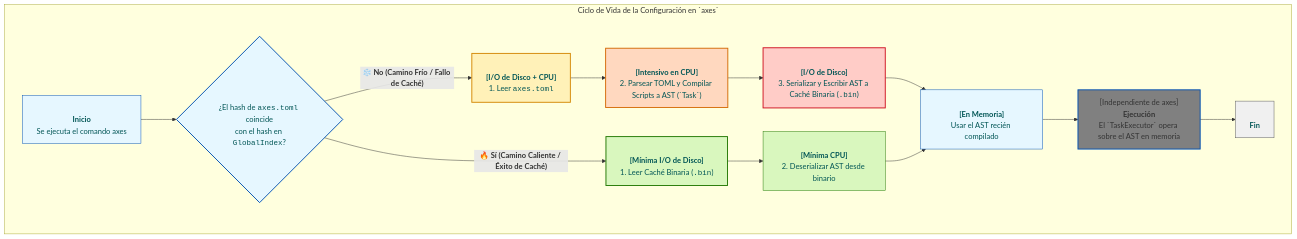
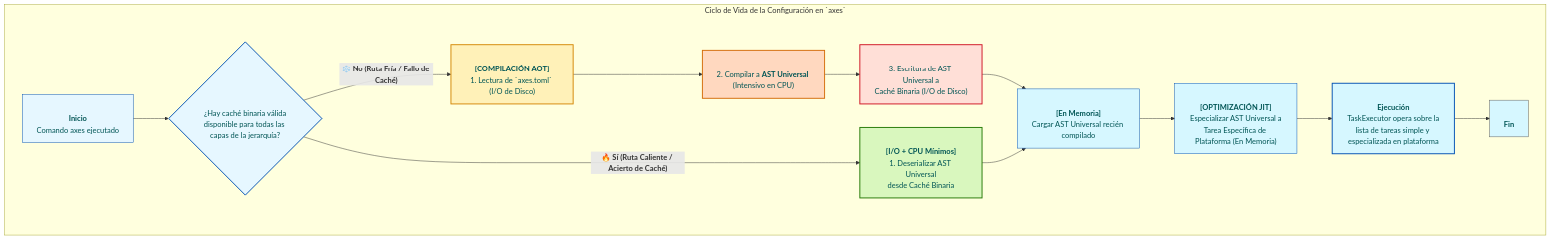
One commit to RetypeOS/axes changed the first of 3 diagrams in docs/es/TECHNICAL.md. Above: the diagram before and after it, drawn with Mermaid. The commit also changed other lines of this file and 14 other files, not shown here.

````diff
--- a/docs/es/TECHNICAL.md
+++ b/docs/es/TECHNICAL.md
@@ -57,36 +57,35 @@
 ```mermaid
 graph TD
     subgraph "Ciclo de Vida de la Configuración en `axes`"
+        A["<br><b>Inicio</b><br>Comando axes ejecutado"] --> B{"<br>¿Hay caché binaria válida<br>disponible para todas las capas de la jerarquía?"};
+
+        B -- "<b>❄️ No (Ruta Fría / Fallo de Caché)</b>" --> C_IO["<br><b>[COMPILACIÓN AOT]</b><br>1. Lectura de `axes.toml` (I/O de Disco)"]
+        C_IO --> C_CPU["<br>2. Compilar a <b>AST Universal</b> (Intensivo en CPU)"]
+        C_CPU --> D_IO["<br>3. Escritura de AST Universal a<br>Caché Binaria (I/O de Disco)"]
+        D_IO --> E["<br><b>[En Memoria]</b><br>Cargar AST Universal recién compilado"]
         
-        A["<br><b>Inicio</b><br>Se ejecuta el comando axes"] --> B{"<br>¿El hash de <code>axes.toml</code> coincide<br>con el hash en <code>GlobalIndex</code>?"}
-
-        B -- "<b>❄️ No (Camino Frío / Fallo de Caché)</b>" --> C_IO["<br><b>[I/O de Disco + CPU]</b><br>1. Leer <code>axes.toml</code>"]
-        C_IO --> C_CPU["<br><b>[Intensivo en CPU]</b><br>2. Parsear TOML y Compilar Scripts a AST (`Task`)"]
-        C_CPU --> D_IO["<br><b>[I/O de Disco]</b><br>3. Serializar y Escribir AST a Caché Binaria (<code>.bin</code>)"]
-        D_IO --> E["<br><b>[En Memoria]</b><br>Usar el AST recién compilado"]
+        B -- "<b>🔥 Sí (Ruta Caliente / Acierto de Caché)</b>" --> H_IO["<br><b>[I/O + CPU Mínimos]</b><br>1. Deserializar AST Universal<br>desde Caché Binaria"]
+        H_IO --> E
         
-        B -- "<b>🔥 Sí (Camino Caliente / Éxito de Caché)</b>" --> H_IO["<br><b>[Mínima I/O de Disco]</b><br>1. Leer Caché Binaria (<code>.bin</code>)"]
-        H_IO --> H_CPU["<br><b>[Mínima CPU]</b><br>2. Deserializar AST desde binario"]
-        H_CPU --> E
+        E --> I_JIT["<br><b>[OPTIMIZACIÓN JIT]</b><br>Especializar AST Universal a<br>Tarea Específica de Plataforma (En Memoria)"]
         
-        E --> F["[Independiente de axes]<br><b>Ejecución</b><br>El `TaskExecutor` opera sobre el AST en memoria"]
+        I_JIT --> F["<br><b>Ejecución</b><br>TaskExecutor opera sobre la<br>lista de tareas simple y especializada en plataforma"]
         F --> G["<br><b>Fin</b><br>"]
-
     end
 
-    %% Nodos de bajo coste (operaciones en memoria, decisiones)
+    %% Low-cost nodes (in-memory operations, decisions)
     style A fill:#e6f7ff,stroke:#0050b3,stroke-width:1px,color:#055
     style B fill:#e6f7ff,stroke:#0050b3,stroke-width:2px,color:#055
-    style E fill:#e6f7ff,stroke:#0050b3,stroke-width:1px,color:#055
-    style F fill:#808080,stroke:#0050b3,stroke-width:2px
-    style G fill:#f0f0f0,stroke:#595959,stroke-width:1px,color:#055
+    style E fill:#d6f7ff,stroke:#0050b3,stroke-width:1px,color:#055
+    style I_JIT fill:#d6f7ff,stroke:#0050b3,stroke-width:1px,color:#055
+    style F fill:#d6f7ff,stroke:#0050b3,stroke-width:2px,color:#055
+    style G fill:#d6f7ff,stroke:#595959,stroke-width:1px,color:#055
 
-    %% Nodos de Camino Caliente (I/O y CPU optimizados)
+    %% Hot Path Nodes (Optimized I/O and CPU)
     style H_IO fill:#d9f7be,stroke:#237804,stroke-width:2px,color:#055
-    style H_CPU fill:#d9f7be,stroke:#237804,stroke-width:1px,color:#055
     
-    %% Nodos de Camino Frío (Alto Coste)
+    %% Cold Path Nodes (High Cost)
     style C_IO fill:#fff1b8,stroke:#d48806,stroke-width:2px,color:#055
     style C_CPU fill:#ffd8bf,stroke:#d46b08,stroke-width:2px,color:#055
-    style D_IO fill:#ffccc7,stroke:#cf1322,stroke-width:2px,color:#055
+    style D_IO fill:#ffdfd7,stroke:#cf1322,stroke-width:2px,color:#055
 ```
````
